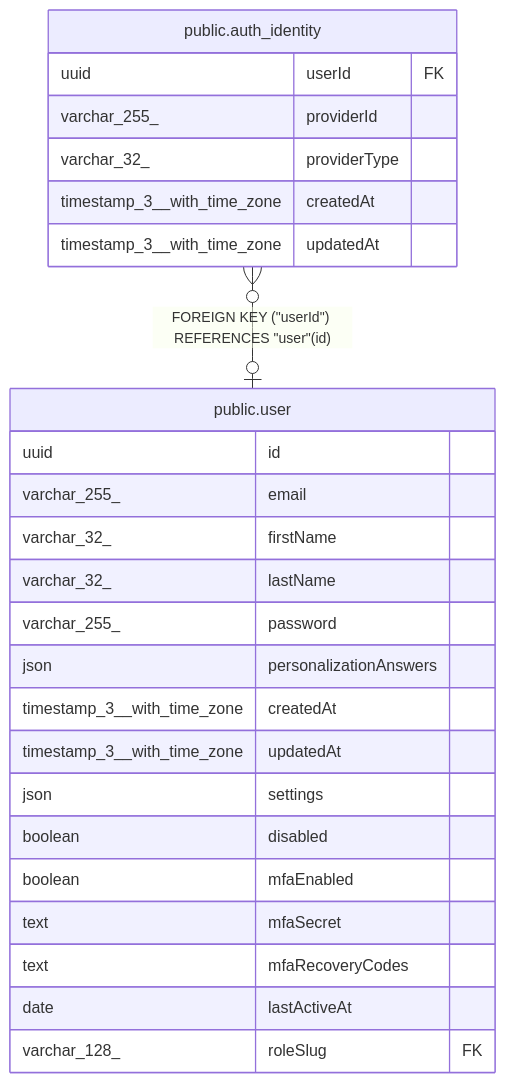
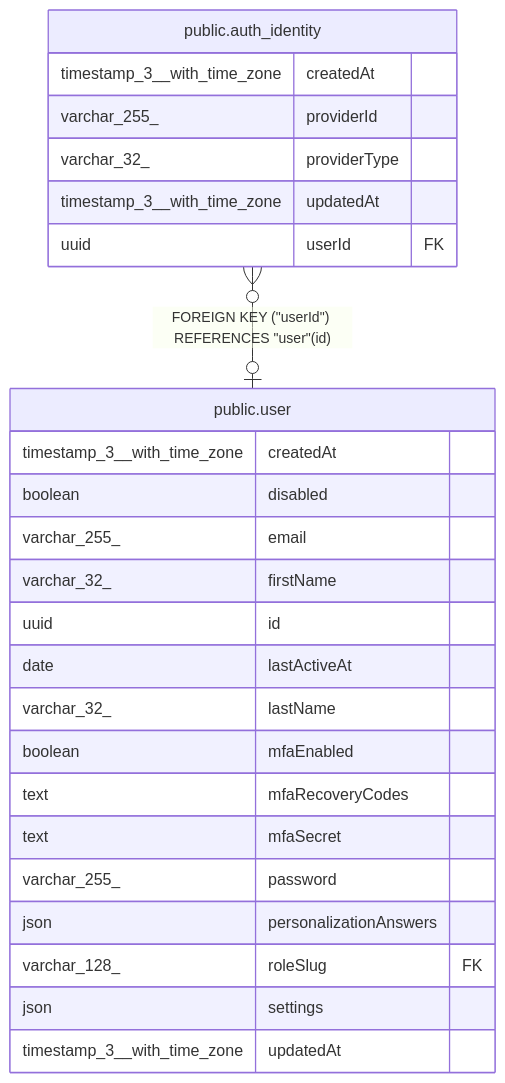
The diagram in docs/generated/postgres-schema/public.auth_identity.md (mayankjain1815-commits/n8n), drawn with Mermaid before and after one commit. The commit also changed other lines of this file and 221 other files, not shown here.

Commit message:
chore(core): Make DB schema docs generation deterministic (#32373)

````diff
--- a/docs/generated/postgres-schema/public.auth_identity.md
+++ b/docs/generated/postgres-schema/public.auth_identity.md
@@ -32,30 +32,30 @@
 ```mermaid
 erDiagram
 
 "public.auth_identity" }o--o| "public.user" : "FOREIGN KEY (#quot;userId#quot;) REFERENCES #quot;user#quot;(id)"
 
 "public.auth_identity" {
-  uuid userId FK
+  timestamp_3__with_time_zone createdAt
   varchar_255_ providerId
   varchar_32_ providerType
+  timestamp_3__with_time_zone updatedAt
+  uuid userId FK
+}
+"public.user" {
   timestamp_3__with_time_zone createdAt
+  boolean disabled
+  varchar_255_ email
+  varchar_32_ firstName
+  uuid id
+  date lastActiveAt
+  varchar_32_ lastName
+  boolean mfaEnabled
+  text mfaRecoveryCodes
+  text mfaSecret
+  varchar_255_ password
+  json personalizationAnswers
+  varchar_128_ roleSlug FK
+  json settings
   timestamp_3__with_time_zone updatedAt
 }
-"public.user" {
-  uuid id
-  varchar_255_ email
-  varchar_32_ firstName
-  varchar_32_ lastName
-  varchar_255_ password
-  json personalizationAnswers
-  timestamp_3__with_time_zone createdAt
-  timestamp_3__with_time_zone updatedAt
-  json settings
-  boolean disabled
-  boolean mfaEnabled
-  text mfaSecret
-  text mfaRecoveryCodes
-  date lastActiveAt
-  varchar_128_ roleSlug FK
-}
 ```
````
